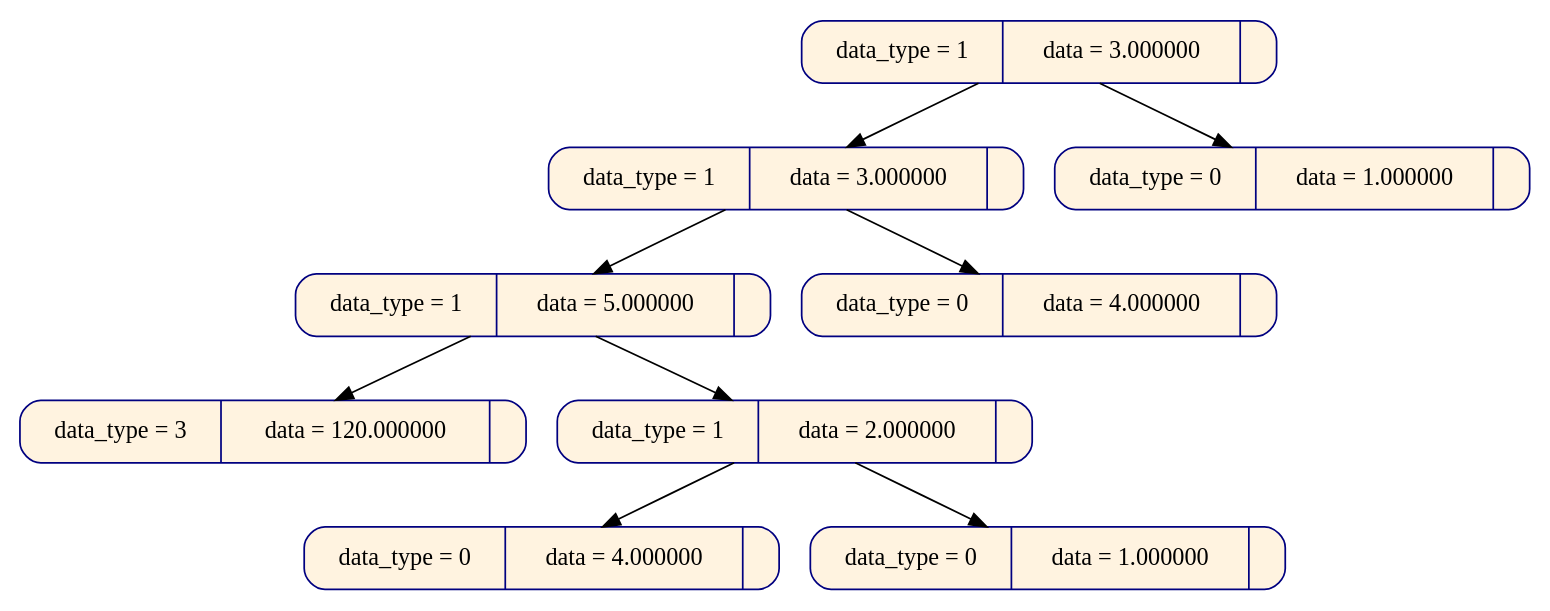
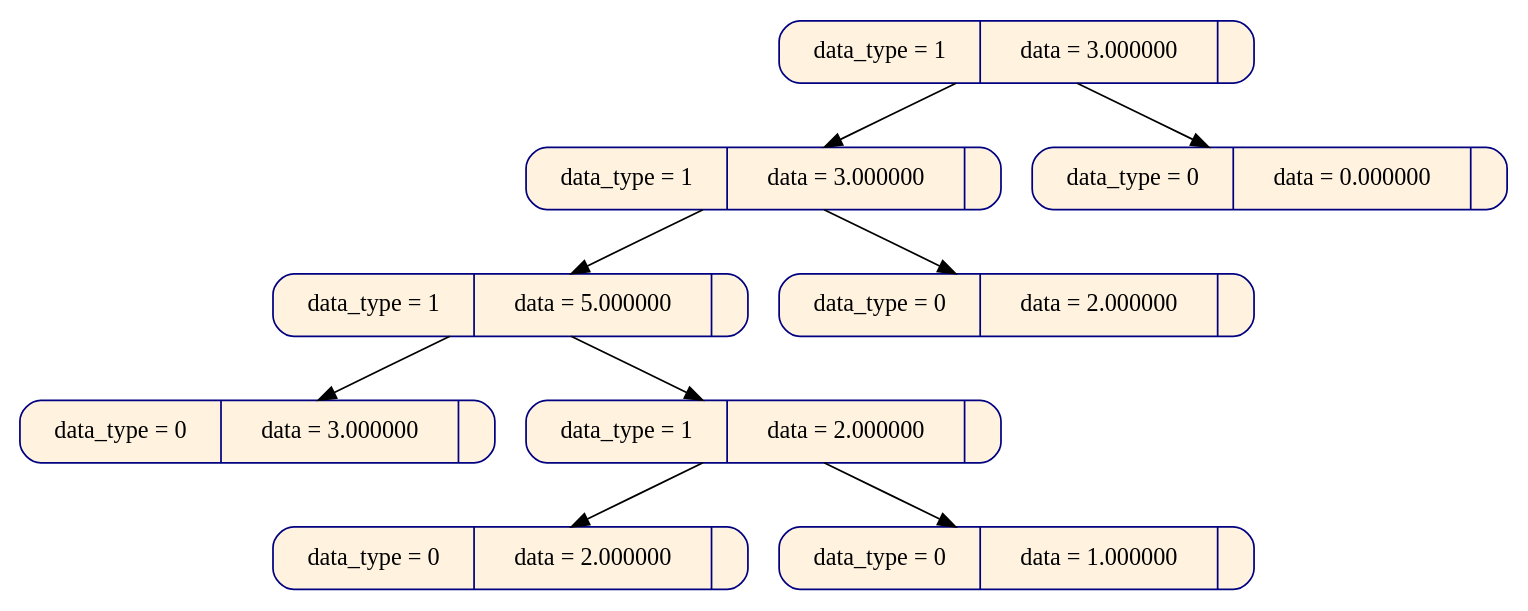
The diagram in diff_tree/gr_dump/res_tree.dot (pupach/diff_tree), drawn with Graphviz before and after one commit. The commit also changed 50 other files, not shown here.

```diff
--- a/diff_tree/gr_dump/res_tree.dot
+++ b/diff_tree/gr_dump/res_tree.dot
@@ -1,21 +1,21 @@
 digraph
 {
 node [shape = Mrecord, color  = "navy", style = "filled"];
-node0x61f000000200[label = " data_type = 1 | data = 3.000000 | ", fillcolor = "#fff3e0", rank = 0];
-node0x61e0000001a0[label = " data_type = 1 | data = 3.000000 | ", fillcolor = "#fff3e0", rank = 1];
-node0x61c000000140[label = " data_type = 1 | data = 5.000000 | ", fillcolor = "#fff3e0", rank = 2];
-node0x604000000050[label = " data_type = 3 | data = 120.000000 | ", fillcolor = "#fff3e0", rank = 3];
-node0x61c0000000b0[label = " data_type = 1 | data = 2.000000 | ", fillcolor = "#fff3e0", rank = 3];
-node0x61c0000000e0[label = " data_type = 0 | data = 4.000000 | ", fillcolor = "#fff3e0", rank = 4];
-node0x61c000000110[label = " data_type = 0 | data = 1.000000 | ", fillcolor = "#fff3e0", rank = 4];
-node0x61e000000170[label = " data_type = 0 | data = 4.000000 | ", fillcolor = "#fff3e0", rank = 2];
-node0x61f0000001d0[label = " data_type = 0 | data = 1.000000 | ", fillcolor = "#fff3e0", rank = 1];
-node0x61f000000200 -> node0x61e0000001a0;
-node0x61e0000001a0 -> node0x61c000000140;
-node0x61c000000140 -> node0x604000000050;
-node0x61c000000140 -> node0x61c0000000b0;
-node0x61c0000000b0 -> node0x61c0000000e0;
-node0x61c0000000b0 -> node0x61c000000110;
-node0x61e0000001a0 -> node0x61e000000170;
-node0x61f000000200 -> node0x61f0000001d0;
+node0x6230000002c0[label = " data_type = 1 | data = 3.000000 | ", fillcolor = "#fff3e0", rank = 0];
+node0x622000000250[label = " data_type = 1 | data = 3.000000 | ", fillcolor = "#fff3e0", rank = 1];
+node0x620000000160[label = " data_type = 1 | data = 5.000000 | ", fillcolor = "#fff3e0", rank = 2];
+node0x619000000a80[label = " data_type = 0 | data = 3.000000 | ", fillcolor = "#fff3e0", rank = 3];
+node0x6200000000b8[label = " data_type = 1 | data = 2.000000 | ", fillcolor = "#fff3e0", rank = 3];
+node0x6200000000f0[label = " data_type = 0 | data = 2.000000 | ", fillcolor = "#fff3e0", rank = 4];
+node0x620000000128[label = " data_type = 0 | data = 1.000000 | ", fillcolor = "#fff3e0", rank = 4];
+node0x622000000218[label = " data_type = 0 | data = 2.000000 | ", fillcolor = "#fff3e0", rank = 2];
+node0x623000000288[label = " data_type = 0 | data = 0.000000 | ", fillcolor = "#fff3e0", rank = 1];
+node0x6230000002c0 -> node0x622000000250;
+node0x622000000250 -> node0x620000000160;
+node0x620000000160 -> node0x619000000a80;
+node0x620000000160 -> node0x6200000000b8;
+node0x6200000000b8 -> node0x6200000000f0;
+node0x6200000000b8 -> node0x620000000128;
+node0x622000000250 -> node0x622000000218;
+node0x6230000002c0 -> node0x623000000288;
 }
```
